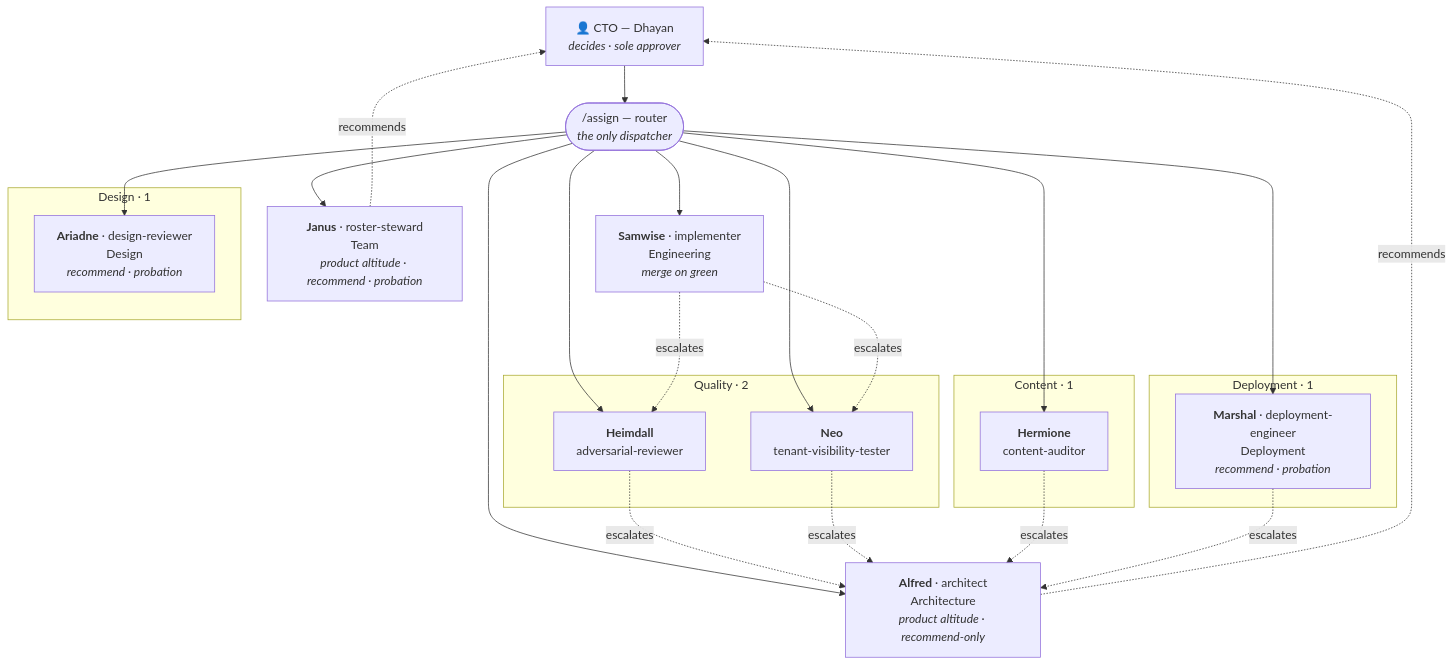
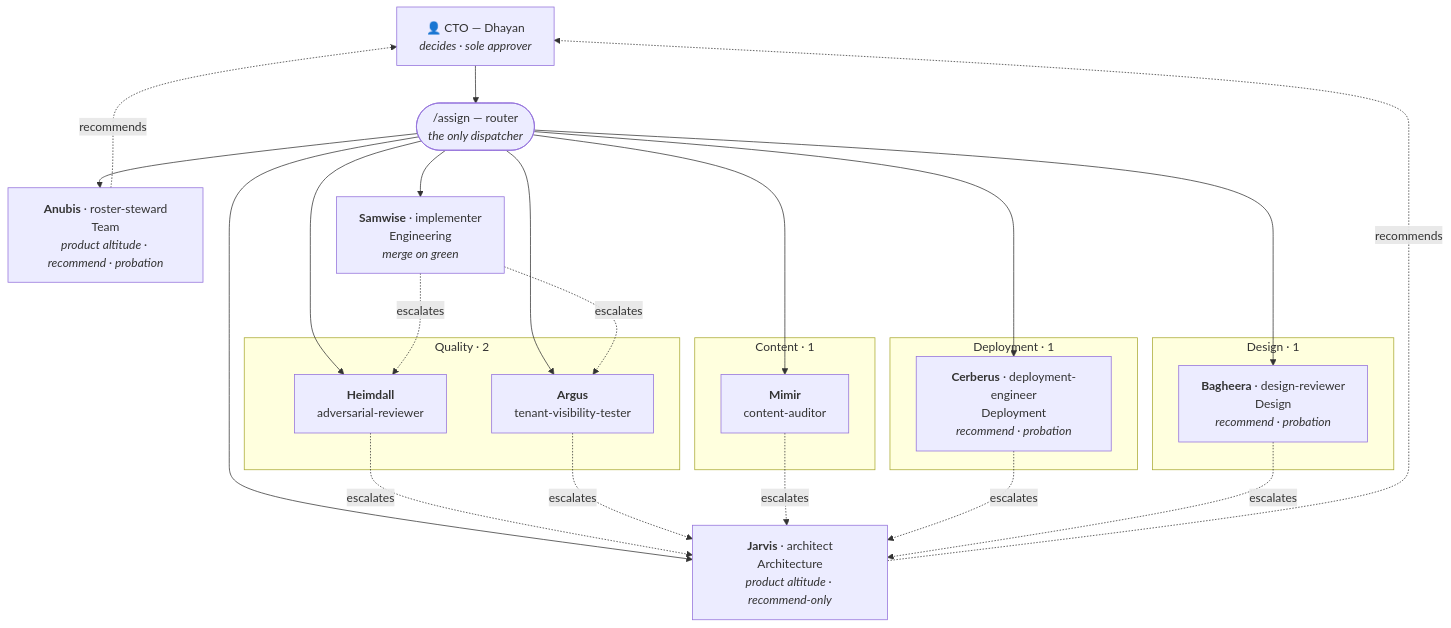
One commit to Indian-VCs/V-Team changed the diagram in README.md. Above: the diagram before and after it, drawn with Mermaid. The commit also changed other lines of this file and 19 other files, not shown here.

````diff
--- a/README.md
+++ b/README.md
@@ -122,48 +133,49 @@
 ```mermaid
 flowchart TD
     CTO["👤 CTO — Dhayan<br/><i>decides · sole approver</i>"]
     ROUTER(["/assign — router<br/><i>the only dispatcher</i>"])
 
-    ALFRED["<b>Alfred</b> · architect<br/>Architecture<br/><i>product altitude · recommend-only</i>"]
-    JANUS["<b>Janus</b> · roster-steward<br/>Team<br/><i>product altitude · recommend · probation</i>"]
+    JARVIS["<b>Jarvis</b> · architect<br/>Architecture<br/><i>product altitude · recommend-only</i>"]
+    ANUBIS["<b>Anubis</b> · roster-steward<br/>Team<br/><i>product altitude · recommend · probation</i>"]
 
     HEIMDALL["<b>Heimdall</b><br/>adversarial-reviewer"]
-    NEO["<b>Neo</b><br/>tenant-visibility-tester"]
-    HERMIONE["<b>Hermione</b><br/>content-auditor"]
-    ARIADNE["<b>Ariadne</b> · design-reviewer<br/>Design<br/><i>recommend · probation</i>"]
-    MARSHAL["<b>Marshal</b> · deployment-engineer<br/>Deployment<br/><i>recommend · probation</i>"]
+    ARGUS["<b>Argus</b><br/>tenant-visibility-tester"]
+    MIMIR["<b>Mimir</b><br/>content-auditor"]
+    BAGHEERA["<b>Bagheera</b> · design-reviewer<br/>Design<br/><i>recommend · probation</i>"]
+    CERBERUS["<b>Cerberus</b> · deployment-engineer<br/>Deployment<br/><i>recommend · probation</i>"]
     SAMWISE["<b>Samwise</b> · implementer<br/>Engineering<br/><i>merge on green</i>"]
 
     CTO --> ROUTER
-    ROUTER --> ALFRED
-    ROUTER --> JANUS
+    ROUTER --> JARVIS
+    ROUTER --> ANUBIS
     ROUTER --> HEIMDALL
-    ROUTER --> NEO
-    ROUTER --> HERMIONE
-    ROUTER --> ARIADNE
-    ROUTER --> MARSHAL
+    ROUTER --> ARGUS
+    ROUTER --> MIMIR
+    ROUTER --> BAGHEERA
+    ROUTER --> CERBERUS
     ROUTER --> SAMWISE
 
     SAMWISE -. escalates .-> HEIMDALL
-    SAMWISE -. escalates .-> NEO
-    HEIMDALL -. escalates .-> ALFRED
-    NEO -. escalates .-> ALFRED
-    HERMIONE -. escalates .-> ALFRED
-    MARSHAL -. escalates .-> ALFRED
-    ALFRED -. recommends .-> CTO
-    JANUS -. recommends .-> CTO
+    SAMWISE -. escalates .-> ARGUS
+    HEIMDALL -. escalates .-> JARVIS
+    ARGUS -. escalates .-> JARVIS
+    MIMIR -. escalates .-> JARVIS
+    CERBERUS -. escalates .-> JARVIS
+    BAGHEERA -. escalates .-> JARVIS
+    JARVIS -. recommends .-> CTO
+    ANUBIS -. recommends .-> CTO
 
     subgraph QUALITY [" Quality · 2 "]
         HEIMDALL
-        NEO
+        ARGUS
     end
     subgraph CONTENT [" Content · 1 "]
-        HERMIONE
+        MIMIR
     end
     subgraph DESIGN [" Design · 1 "]
-        ARIADNE
+        BAGHEERA
     end
     subgraph DEPLOY [" Deployment · 1 "]
-        MARSHAL
+        CERBERUS
     end
 ```
````
